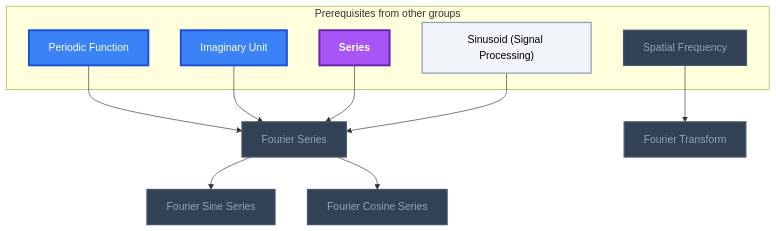
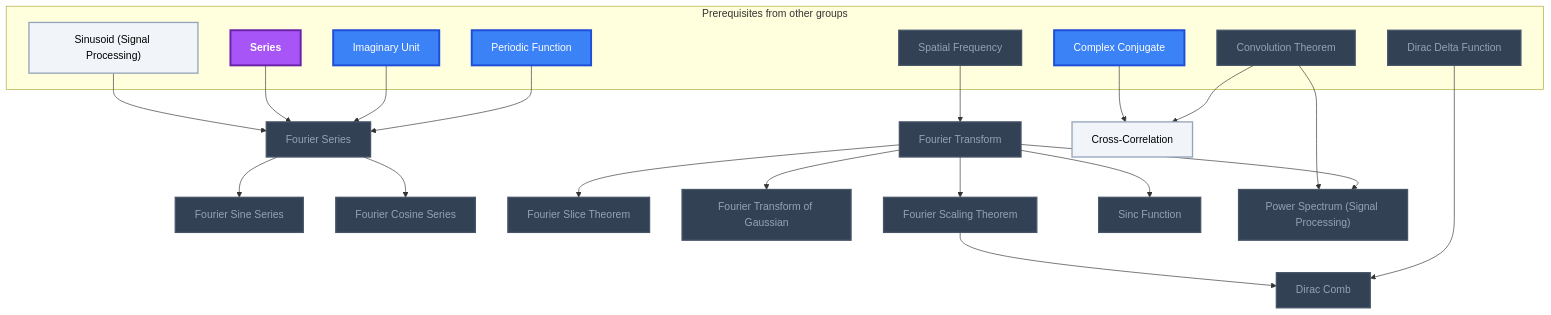
Diagram 22 of 22 in Gamification/Skill Trees/Real Analysis.md (MRauf1/My-Notes), drawn with Mermaid before and after one commit. The commit also changed other lines of this file and 142 other files, not shown here.

````diff
--- a/Gamification/Skill Trees/Real Analysis.md
+++ b/Gamification/Skill Trees/Real Analysis.md
@@ -1551,35 +1551,55 @@
 ```mermaid
 flowchart TD
     classDef planned fill:#1E293B,stroke:#64748B,stroke-width:2px,stroke-dasharray:5 5,color:#94A3B8;
     classDef locked fill:#334155,stroke:#475569,stroke-width:2px,color:#94A3B8;
     classDef L0 fill:#F1F5F9,stroke:#94A3B8,stroke-width:2px,color:#000000;
     classDef L1 fill:#22C55E,stroke:#15803D,stroke-width:2px,color:#000000;
     classDef L2 fill:#3B82F6,stroke:#1D4ED8,stroke-width:3px,color:#FFFFFF;
     classDef L3 fill:#A855F7,stroke:#6B21A8,stroke-width:3px,color:#FFFFFF,font-weight:bold;
     classDef L4 fill:#F97316,stroke:#C2410C,stroke-width:4px,color:#000000,font-weight:bold;
     classDef L5 fill:#FFD700,stroke:#FF8C00,stroke-width:5px,color:#000000,font-weight:bold;
     classDef rusty stroke:#8B4513,stroke-width:4px,stroke-dasharray:3 3;
     subgraph sg_prereqs["Prerequisites from other groups"]
         n_periodic_function["Periodic Function"]
         n_imaginary_unit["Imaginary Unit"]
         n_series["Series"]
         n_sinusoid_signal_processing["Sinusoid (Signal Processing)"]
         n_spatial_frequency["Spatial Frequency"]
+        n_dirac_delta_function["Dirac Delta Function"]
+        n_convolution_theorem["Convolution Theorem"]
+        n_complex_conjugate["Complex Conjugate"]
     end
     n_fourier_series["Fourier Series"]
     n_fourier_sine_series["Fourier Sine Series"]
     n_fourier_cosine_series["Fourier Cosine Series"]
     n_fourier_transform["Fourier Transform"]
+    n_fourier_slice_theorem["Fourier Slice Theorem"]
+    n_fourier_transform_of_gaussian["Fourier Transform of Gaussian"]
+    n_fourier_scaling_theorem["Fourier Scaling Theorem"]
+    n_sinc_function["Sinc Function"]
+    n_dirac_comb["Dirac Comb"]
+    n_cross_correlation["Cross-Correlation"]
+    n_power_spectrum_signal_processing["Power Spectrum (Signal Processing)"]
     n_periodic_function --> n_fourier_series
     n_imaginary_unit --> n_fourier_series
     n_series --> n_fourier_series
     n_sinusoid_signal_processing --> n_fourier_series
     n_fourier_series --> n_fourier_sine_series
     n_fourier_series --> n_fourier_cosine_series
     n_spatial_frequency --> n_fourier_transform
-    class n_spatial_frequency,n_fourier_series,n_fourier_sine_series,n_fourier_cosine_series,n_fourier_transform locked;
-    class n_sinusoid_signal_processing L0;
-    class n_periodic_function,n_imaginary_unit L2;
+    n_fourier_transform --> n_fourier_slice_theorem
+    n_fourier_transform --> n_fourier_transform_of_gaussian
+    n_fourier_transform --> n_fourier_scaling_theorem
+    n_fourier_transform --> n_sinc_function
+    n_dirac_delta_function --> n_dirac_comb
+    n_fourier_scaling_theorem --> n_dirac_comb
+    n_convolution_theorem --> n_cross_correlation
+    n_complex_conjugate --> n_cross_correlation
+    n_fourier_transform --> n_power_spectrum_signal_processing
+    n_convolution_theorem --> n_power_spectrum_signal_processing
+    class n_spatial_frequency,n_dirac_delta_function,n_convolution_theorem,n_fourier_series,n_fourier_sine_series,n_fourier_cosine_series,n_fourier_transform,n_fourier_slice_theorem,n_fourier_transform_of_gaussian,n_fourier_scaling_theorem,n_sinc_function,n_dirac_comb,n_power_spectrum_signal_processing locked;
+    class n_sinusoid_signal_processing,n_cross_correlation L0;
+    class n_periodic_function,n_imaginary_unit,n_complex_conjugate L2;
     class n_series L3;
-    class n_periodic_function,n_imaginary_unit,n_series,n_sinusoid_signal_processing,n_spatial_frequency,n_fourier_series,n_fourier_sine_series,n_fourier_cosine_series,n_fourier_transform internal-link;
+    class n_periodic_function,n_imaginary_unit,n_series,n_sinusoid_signal_processing,n_spatial_frequency,n_dirac_delta_function,n_convolution_theorem,n_complex_conjugate,n_fourier_series,n_fourier_sine_series,n_fourier_cosine_series,n_fourier_transform,n_fourier_slice_theorem,n_fourier_transform_of_gaussian,n_fourier_scaling_theorem,n_sinc_function,n_dirac_comb,n_cross_correlation,n_power_spectrum_signal_processing internal-link;
 ```
````
